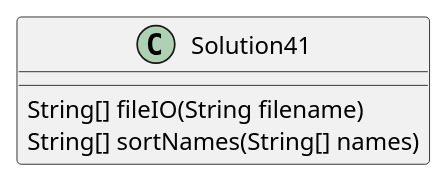
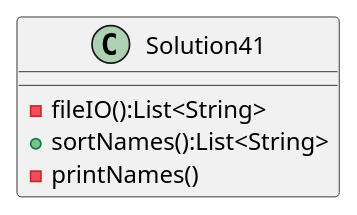
The diagram in exercise41/docs/Solution41.puml (jad714/davis-a04), drawn with PlantUML before and after one commit. The commit also changed 4 other files, not shown here.

```diff
--- a/exercise41/docs/Solution41.puml
+++ b/exercise41/docs/Solution41.puml
@@ -1,7 +1,8 @@
 @startuml
 class Solution41{
-    String[] fileIO(String filename)
-    String[] sortNames(String[] names)
+    -fileIO():List<String>
+    +sortNames():List<String>
+    -printNames()
 }
 
 @enduml
```
